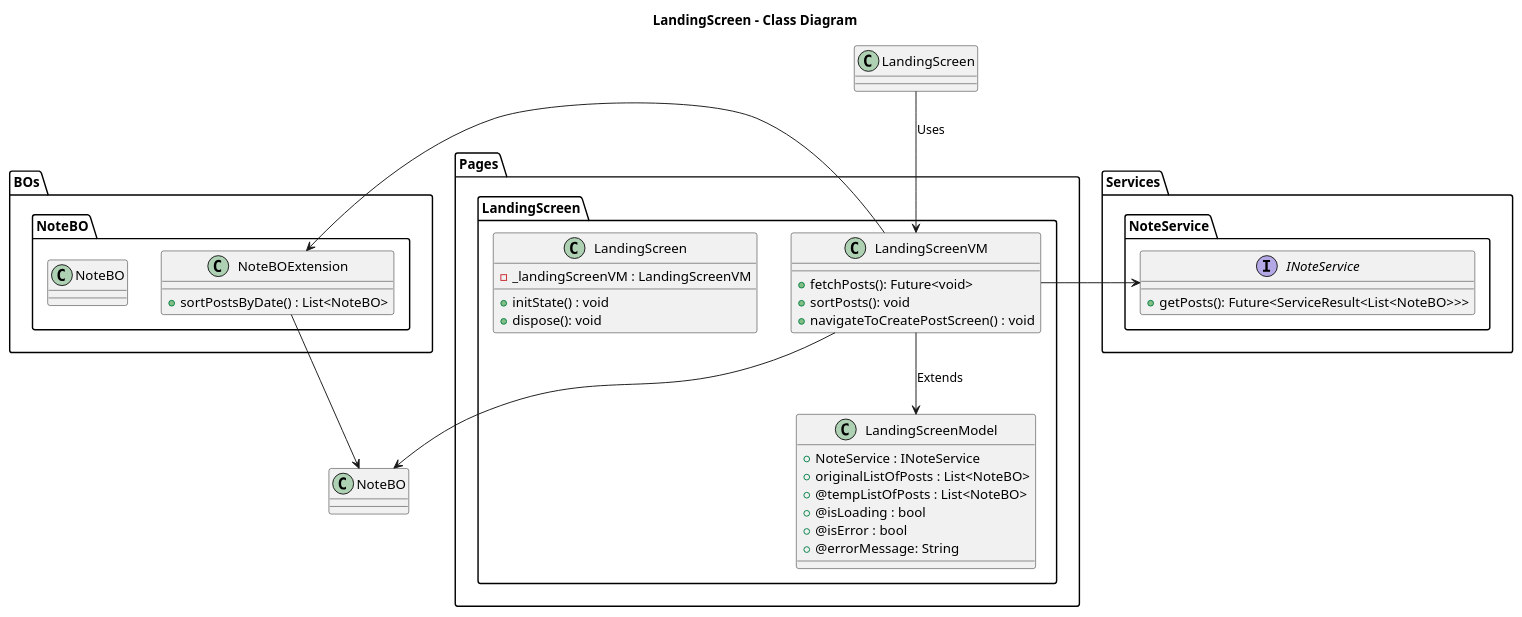
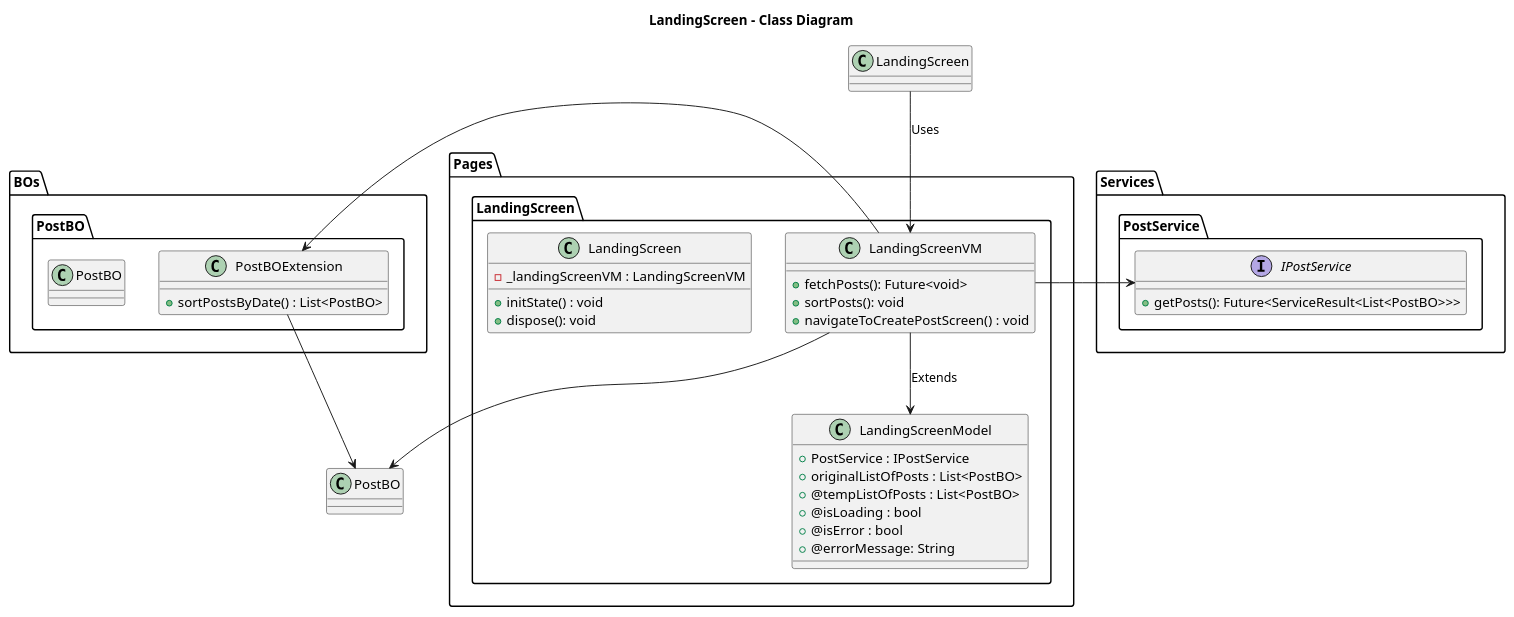
Before and after one commit to ThirumuruganArumugam/social_media: the diagram in lib/Pages/LandingScreen/Design/LandingScreen-Class.puml, drawn with PlantUML. The commit also changed 11 other files, not shown here.

```diff
--- a/lib/Pages/LandingScreen/Design/LandingScreen-Class.puml
+++ b/lib/Pages/LandingScreen/Design/LandingScreen-Class.puml
@@ -1,52 +1,52 @@
 @startuml LandingScreen - Class
 
 title **LandingScreen - Class Diagram**
 
 package Pages{
     package LandingScreen{
         class LandingScreenModel{
-            + NoteService : INoteService
-            + originalListOfPosts : List<NoteBO>
-            + @tempListOfPosts : List<NoteBO>
+            + PostService : IPostService
+            + originalListOfPosts : List<PostBO>
+            + @tempListOfPosts : List<PostBO>
             + @isLoading : bool
             + @isError : bool
             + @errorMessage: String
         }
         class LandingScreenVM{
             + fetchPosts(): Future<void>
             + sortPosts(): void
             + navigateToCreatePostScreen() : void
         }
         class LandingScreen{
             - _landingScreenVM : LandingScreenVM
             + initState() : void
             + dispose(): void
         }
     }
 }
 
 package BOs{
-    package NoteBO{
-        class NoteBO{
+    package PostBO{
+        class PostBO{
         }
-        class NoteBOExtension{
-            + sortPostsByDate() : List<NoteBO>
+        class PostBOExtension{
+            + sortPostsByDate() : List<PostBO>
         }
     }
 }
 
 package Services{
-    package NoteService{
-        interface INoteService{
-            + getPosts(): Future<ServiceResult<List<NoteBO>>>
+    package PostService{
+        interface IPostService{
+            + getPosts(): Future<ServiceResult<List<PostBO>>>
         }
     }
 }
 
 LandingScreenVM --> LandingScreenModel : Extends
 LandingScreen --> LandingScreenVM: Uses
-LandingScreenVM --> NoteBO
-NoteBOExtension --> NoteBO
-LandingScreenVM -> NoteBOExtension
-LandingScreenVM -> INoteService
+LandingScreenVM --> PostBO
+PostBOExtension --> PostBO
+LandingScreenVM -> PostBOExtension
+LandingScreenVM -> IPostService
 @enduml
```
